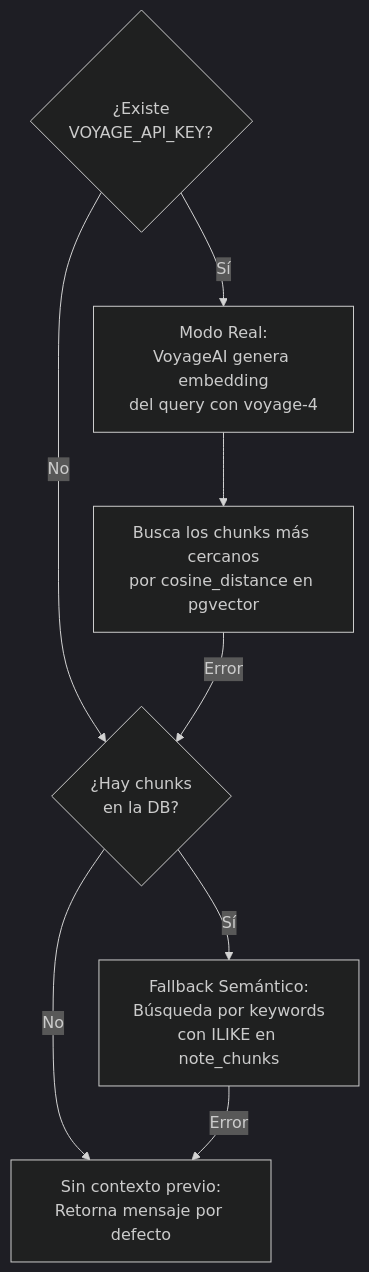
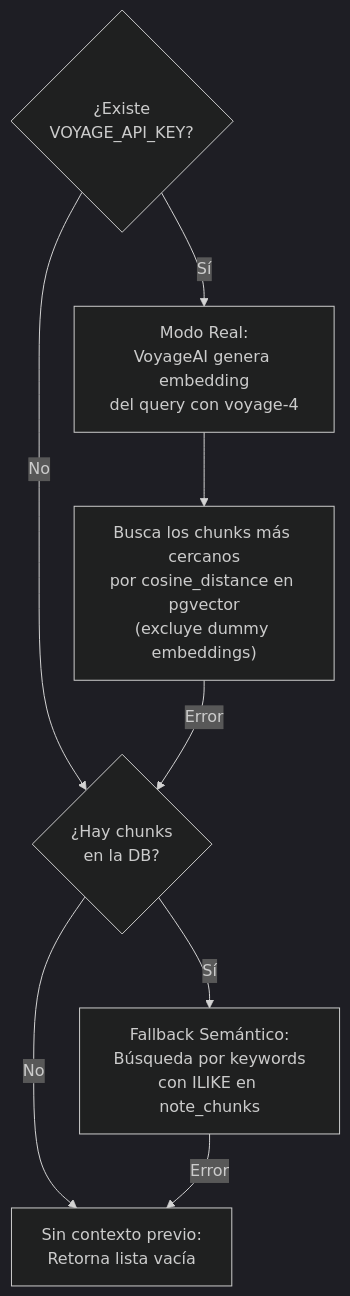
The fifth of 9 diagrams in docs/agent-architecture.md (JamesKristofUbiarco/Concat-notes), drawn with Mermaid (dark theme) before and after one commit. The commit also changed other lines of this file and 27 other files, not shown here.

````diff
--- a/docs/agent-architecture.md
+++ b/docs/agent-architecture.md
@@ -164,10 +184,10 @@
 ```mermaid
 graph TD
     A{"¿Existe<br/>VOYAGE_API_KEY?"} -->|Sí| B["Modo Real:<br/>VoyageAI genera embedding<br/>del query con voyage-4"]
-    B --> B2["Busca los chunks más cercanos<br/>por cosine_distance en pgvector"]
+    B --> B2["Busca los chunks más cercanos<br/>por cosine_distance en pgvector<br/>(excluye dummy embeddings)"]
     A -->|No| C{"¿Hay chunks<br/>en la DB?"}
     B2 -->|Error| C
     C -->|Sí| D["Fallback Semántico:<br/>Búsqueda por keywords<br/>con ILIKE en note_chunks"]
-    C -->|No| E["Sin contexto previo:<br/>Retorna mensaje por defecto"]
+    C -->|No| E["Sin contexto previo:<br/>Retorna lista vacía"]
     D -->|Error| E
 ```
````
